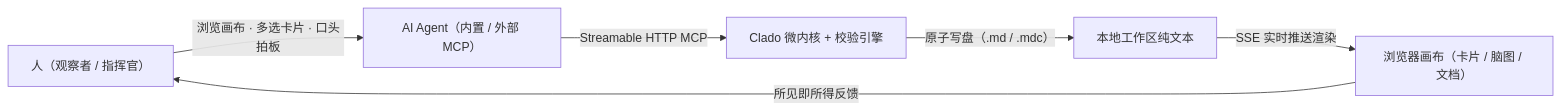
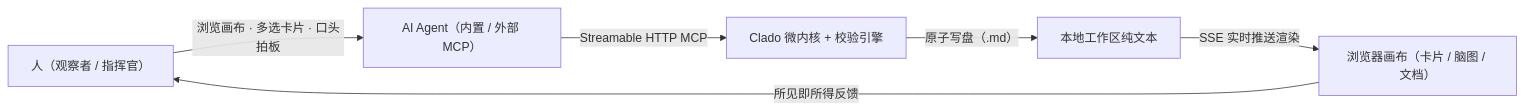
Before and after one commit to GodShelvis/clado-docs: the diagram in docs/guide/what-is-clado.md, drawn with Mermaid. The commit also changed other lines of this file and 38 other files, not shown here.

````diff
--- a/docs/guide/what-is-clado.md
+++ b/docs/guide/what-is-clado.md
@@ -13,8 +13,8 @@
 ```mermaid
 flowchart LR
   H["人（观察者 / 指挥官）"] -->|"浏览画布 · 多选卡片 · 口头拍板"| A["AI Agent（内置 / 外部 MCP）"]
   A -->|"Streamable HTTP MCP"| S["Clado 微内核 + 校验引擎"]
-  S -->|"原子写盘（.md / .mdc）"| F["本地工作区纯文本"]
+  S -->|"原子写盘（.md）"| F["本地工作区纯文本"]
   F -->|"SSE 实时推送渲染"| C["浏览器画布（卡片 / 脑图 / 文档）"]
   C -->|"所见即所得反馈"| H
 ```
````
